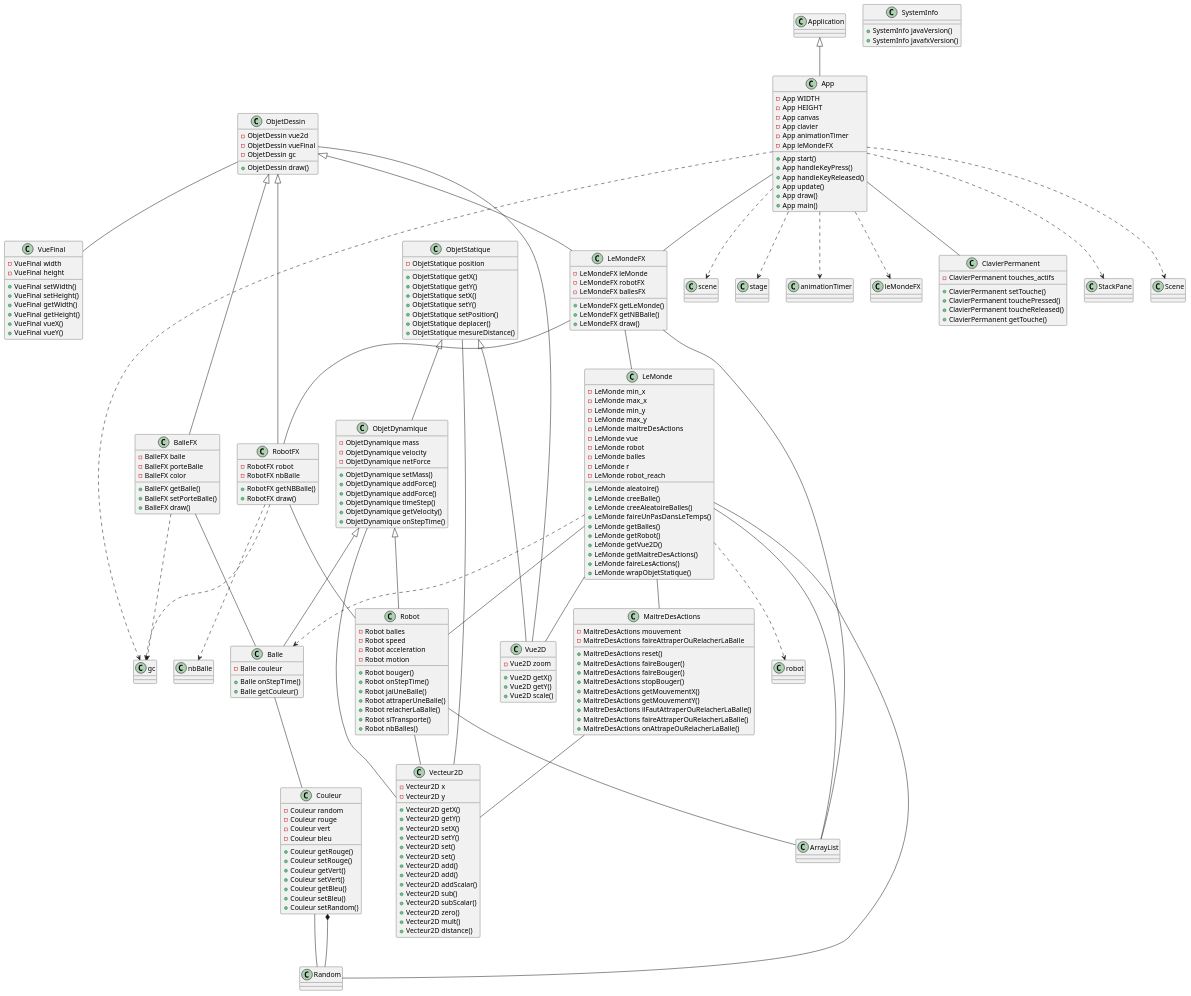
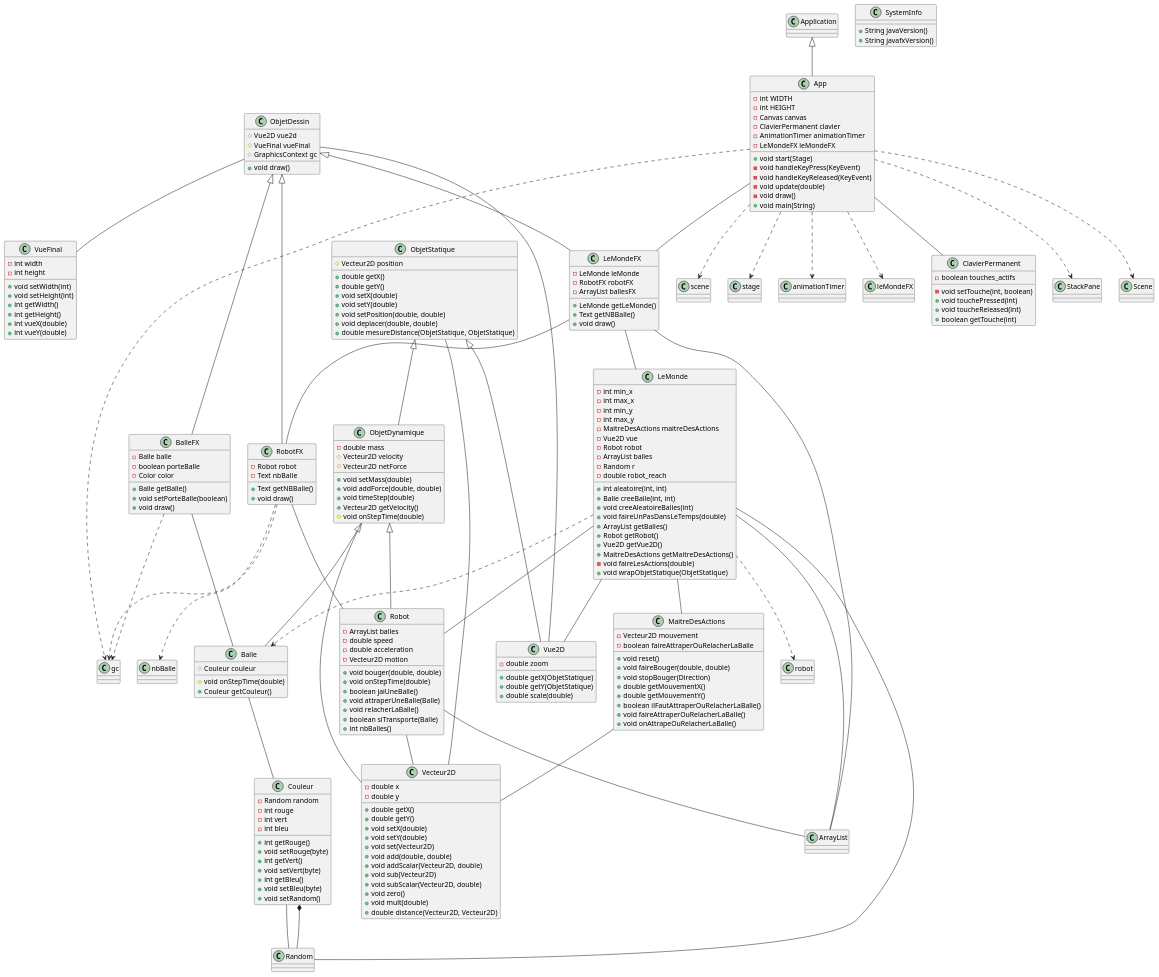
Before and after one commit to Numero7-Mojeangering/JavaUMLAnalyser: the diagram in project_diagram.puml, drawn with PlantUML. The commit also changed 3 other files, not shown here.

```diff
--- a/project_diagram.puml
+++ b/project_diagram.puml
@@ -1,181 +1,177 @@
 @startuml
 class Balle {
-  - Balle couleur
-  + Balle onStepTime()
-  + Balle getCouleur()
+ # Couleur couleur
+ # void onStepTime(double)
+ + Couleur getCouleur()
 }
 class Couleur {
-  - Couleur random
-  - Couleur rouge
-  - Couleur vert
-  - Couleur bleu
-  + Couleur getRouge()
-  + Couleur setRouge()
-  + Couleur getVert()
-  + Couleur setVert()
-  + Couleur getBleu()
-  + Couleur setBleu()
-  + Couleur setRandom()
+ - Random random
+ - int rouge
+ - int vert
+ - int bleu
+ + int getRouge()
+ + void setRouge(byte)
+ + int getVert()
+ + void setVert(byte)
+ + int getBleu()
+ + void setBleu(byte)
+ + void setRandom()
 }
 class LeMonde {
-  - LeMonde min_x
-  - LeMonde max_x
-  - LeMonde min_y
-  - LeMonde max_y
-  - LeMonde maitreDesActions
-  - LeMonde vue
-  - LeMonde robot
-  - LeMonde balles
-  - LeMonde r
-  - LeMonde robot_reach
-  + LeMonde aleatoire()
-  + LeMonde creeBalle()
-  + LeMonde creeAleatoireBalles()
-  + LeMonde faireUnPasDansLeTemps()
-  + LeMonde getBalles()
-  + LeMonde getRobot()
-  + LeMonde getVue2D()
-  + LeMonde getMaitreDesActions()
-  + LeMonde faireLesActions()
-  + LeMonde wrapObjetStatique()
+ - int min_x
+ - int max_x
+ - int min_y
+ - int max_y
+ - MaitreDesActions maitreDesActions
+ - Vue2D vue
+ - Robot robot
+ - ArrayList balles
+ - Random r
+ - double robot_reach
+ + int aleatoire(int, int)
+ + Balle creeBalle(int, int)
+ + void creeAleatoireBalles(int)
+ + void faireUnPasDansLeTemps(double)
+ + ArrayList getBalles()
+ + Robot getRobot()
+ + Vue2D getVue2D()
+ + MaitreDesActions getMaitreDesActions()
+ - void faireLesActions(double)
+ + void wrapObjetStatique(ObjetStatique)
 }
 class MaitreDesActions {
-  - MaitreDesActions mouvement
-  - MaitreDesActions faireAttraperOuRelacherLaBalle
-  + MaitreDesActions reset()
-  + MaitreDesActions faireBouger()
-  + MaitreDesActions faireBouger()
-  + MaitreDesActions stopBouger()
-  + MaitreDesActions getMouvementX()
-  + MaitreDesActions getMouvementY()
-  + MaitreDesActions ilFautAttraperOuRelacherLaBalle()
-  + MaitreDesActions faireAttraperOuRelacherLaBalle()
-  + MaitreDesActions onAttrapeOuRelacherLaBalle()
+ - Vecteur2D mouvement
+ - boolean faireAttraperOuRelacherLaBalle
+ + void reset()
+ + void faireBouger(double, double)
+ + void stopBouger(Direction)
+ + double getMouvementX()
+ + double getMouvementY()
+ + boolean ilFautAttraperOuRelacherLaBalle()
+ + void faireAttraperOuRelacherLaBalle()
+ + void onAttrapeOuRelacherLaBalle()
 }
 class ObjetDynamique {
-  - ObjetDynamique mass
-  - ObjetDynamique velocity
-  - ObjetDynamique netForce
-  + ObjetDynamique setMass()
-  + ObjetDynamique addForce()
-  + ObjetDynamique addForce()
-  + ObjetDynamique timeStep()
-  + ObjetDynamique getVelocity()
-  + ObjetDynamique onStepTime()
+ - double mass
+ # Vecteur2D velocity
+ # Vecteur2D netForce
+ + void setMass(double)
+ + void addForce(double, double)
+ + void timeStep(double)
+ + Vecteur2D getVelocity()
+ # void onStepTime(double)
 }
 class ObjetStatique {
-  - ObjetStatique position
-  + ObjetStatique getX()
-  + ObjetStatique getY()
-  + ObjetStatique setX()
-  + ObjetStatique setY()
-  + ObjetStatique setPosition()
-  + ObjetStatique deplacer()
-  + ObjetStatique mesureDistance()
+ # Vecteur2D position
+ + double getX()
+ + double getY()
+ + void setX(double)
+ + void setY(double)
+ + void setPosition(double, double)
+ + void deplacer(double, double)
+ + double mesureDistance(ObjetStatique, ObjetStatique)
 }
 class Robot {
-  - Robot balles
-  - Robot speed
-  - Robot acceleration
-  - Robot motion
-  + Robot bouger()
-  + Robot onStepTime()
-  + Robot jaiUneBalle()
-  + Robot attraperUneBalle()
-  + Robot relacherLaBalle()
-  + Robot siTransporte()
-  + Robot nbBalles()
+ - ArrayList balles
+ - double speed
+ - double acceleration
+ - Vecteur2D motion
+ + void bouger(double, double)
+ + void onStepTime(double)
+ + boolean jaiUneBalle()
+ + void attraperUneBalle(Balle)
+ + void relacherLaBalle()
+ + boolean siTransporte(Balle)
+ + int nbBalles()
 }
 class Vecteur2D {
-  - Vecteur2D x
-  - Vecteur2D y
-  + Vecteur2D getX()
-  + Vecteur2D getY()
-  + Vecteur2D setX()
-  + Vecteur2D setY()
-  + Vecteur2D set()
-  + Vecteur2D set()
-  + Vecteur2D add()
-  + Vecteur2D add()
-  + Vecteur2D addScalar()
-  + Vecteur2D sub()
-  + Vecteur2D subScalar()
-  + Vecteur2D zero()
-  + Vecteur2D mult()
-  + Vecteur2D distance()
+ - double x
+ - double y
+ + double getX()
+ + double getY()
+ + void setX(double)
+ + void setY(double)
+ + void set(Vecteur2D)
+ + void add(double, double)
+ + void addScalar(Vecteur2D, double)
+ + void sub(Vecteur2D)
+ + void subScalar(Vecteur2D, double)
+ + void zero()
+ + void mult(double)
+ + double distance(Vecteur2D, Vecteur2D)
 }
 class ArrayList {
 }
 class Random {
 }
 class Vue2D {
-  - Vue2D zoom
-  + Vue2D getX()
-  + Vue2D getY()
-  + Vue2D scale()
+ - double zoom
+ + double getX(ObjetStatique)
+ + double getY(ObjetStatique)
+ + double scale(double)
 }
 class App {
-  - App WIDTH
-  - App HEIGHT
-  - App canvas
-  - App clavier
-  - App animationTimer
-  - App leMondeFX
-  + App start()
-  + App handleKeyPress()
-  + App handleKeyReleased()
-  + App update()
-  + App draw()
-  + App main()
+ - int WIDTH
+ - int HEIGHT
+ - Canvas canvas
+ - ClavierPermanent clavier
+ - AnimationTimer animationTimer
+ - LeMondeFX leMondeFX
+ + void start(Stage)
+ - void handleKeyPress(KeyEvent)
+ - void handleKeyReleased(KeyEvent)
+ - void update(double)
+ - void draw()
+ + void main(String)
 }
 class BalleFX {
-  - BalleFX balle
-  - BalleFX porteBalle
-  - BalleFX color
-  + BalleFX getBalle()
-  + BalleFX setPorteBalle()
-  + BalleFX draw()
+ - Balle balle
+ - boolean porteBalle
+ - Color color
+ + Balle getBalle()
+ + void setPorteBalle(boolean)
+ + void draw()
 }
 class ClavierPermanent {
-  - ClavierPermanent touches_actifs
-  + ClavierPermanent setTouche()
-  + ClavierPermanent touchePressed()
-  + ClavierPermanent toucheReleased()
-  + ClavierPermanent getTouche()
+ - boolean touches_actifs
+ - void setTouche(int, boolean)
+ + void touchePressed(int)
+ + void toucheReleased(int)
+ + boolean getTouche(int)
 }
 class LeMondeFX {
-  - LeMondeFX leMonde
-  - LeMondeFX robotFX
-  - LeMondeFX ballesFX
-  + LeMondeFX getLeMonde()
-  + LeMondeFX getNBBalle()
-  + LeMondeFX draw()
+ - LeMonde leMonde
+ - RobotFX robotFX
+ - ArrayList ballesFX
+ + LeMonde getLeMonde()
+ + Text getNBBalle()
+ + void draw()
 }
 class ObjetDessin {
-  - ObjetDessin vue2d
-  - ObjetDessin vueFinal
-  - ObjetDessin gc
-  + ObjetDessin draw()
+ # Vue2D vue2d
+ # VueFinal vueFinal
+ # GraphicsContext gc
+ + void draw()
 }
 class RobotFX {
-  - RobotFX robot
-  - RobotFX nbBalle
-  + RobotFX getNBBalle()
-  + RobotFX draw()
+ - Robot robot
+ - Text nbBalle
+ + Text getNBBalle()
+ + void draw()
 }
 class SystemInfo {
-  + SystemInfo javaVersion()
-  + SystemInfo javafxVersion()
+ + String javaVersion()
+ + String javafxVersion()
 }
 class VueFinal {
-  - VueFinal width
-  - VueFinal height
-  + VueFinal setWidth()
-  + VueFinal setHeight()
-  + VueFinal getWidth()
-  + VueFinal getHeight()
-  + VueFinal vueX()
-  + VueFinal vueY()
+ - int width
+ - int height
+ + void setWidth(int)
+ + void setHeight(int)
+ + int getWidth()
+ + int getHeight()
+ + int vueX(double)
+ + int vueY(double)
 }
 ObjetDynamique <|-- Balle
 Balle -- Couleur
```
